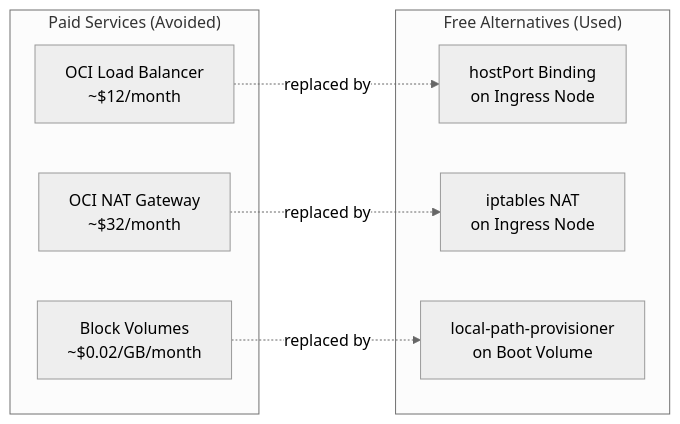
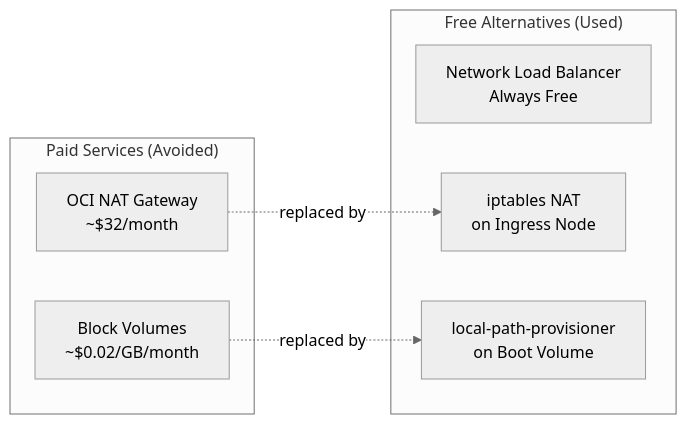
One commit to nsudhanva/k8s-oracle changed the third of 5 diagrams in docs/src/content/docs/architecture/always-free.md. Above: the diagram before and after it, drawn with Mermaid (neutral theme). The commit also changed other lines of this file and 1 other file, not shown here.

First line of the commit message:
Update docs to reflect OCI Network Load Balancer

````diff
--- a/docs/src/content/docs/architecture/always-free.md
+++ b/docs/src/content/docs/architecture/always-free.md
@@ -74,18 +74,16 @@
 ```mermaid
 flowchart LR
     subgraph Paid["Paid Services (Avoided)"]
-        LB[OCI Load Balancer<br/>~$12/month]
         NAT[OCI NAT Gateway<br/>~$32/month]
         BV[Block Volumes<br/>~$0.02/GB/month]
     end
 
     subgraph Free["Free Alternatives (Used)"]
-        HP[hostPort Binding<br/>on Ingress Node]
+        NLB[Network Load Balancer<br/>Always Free]
         IPT[iptables NAT<br/>on Ingress Node]
         LP[local-path-provisioner<br/>on Boot Volume]
     end
 
-    LB -.->|replaced by| HP
     NAT -.->|replaced by| IPT
     BV -.->|replaced by| LP
 ```
````
